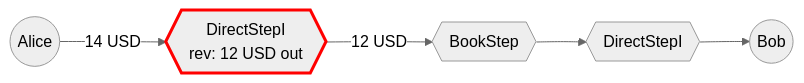
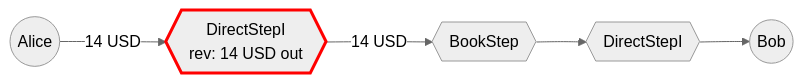
Before and after one commit to XRPLF/dex-docs: the ninth of 12 diagrams in docs/flow/README.md, drawn with Mermaid (neutral theme). The commit also changed other lines of this file and 15 other files, not shown here.

````diff
--- a/docs/flow/README.md
+++ b/docs/flow/README.md
@@ -1504,11 +1528,11 @@
 ```mermaid
 flowchart LR
     alice((Alice))
-    aliceToIssuer{{DirectStepI<br>rev: 12 USD out}}
+    aliceToIssuer{{DirectStepI<br>rev: 14 USD out}}
     issuerToOfferToIssuer{{BookStep}}
     issuerToBob{{DirectStepI}}
     bob((Bob))
-    alice -- 14 USD --> aliceToIssuer -- 12 USD --> issuerToOfferToIssuer --> issuerToBob --> bob
+    alice -- 14 USD --> aliceToIssuer -- 14 USD --> issuerToOfferToIssuer --> issuerToBob --> bob
     
     style aliceToIssuer stroke:red,stroke-width:3px
 ```
````
